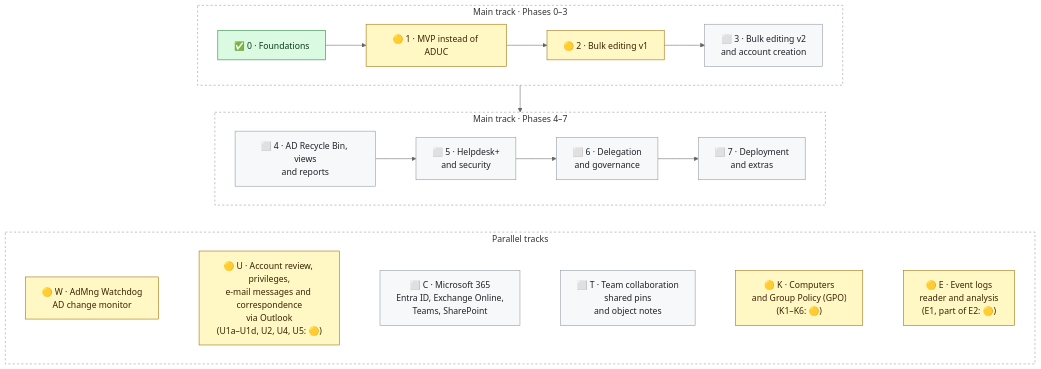
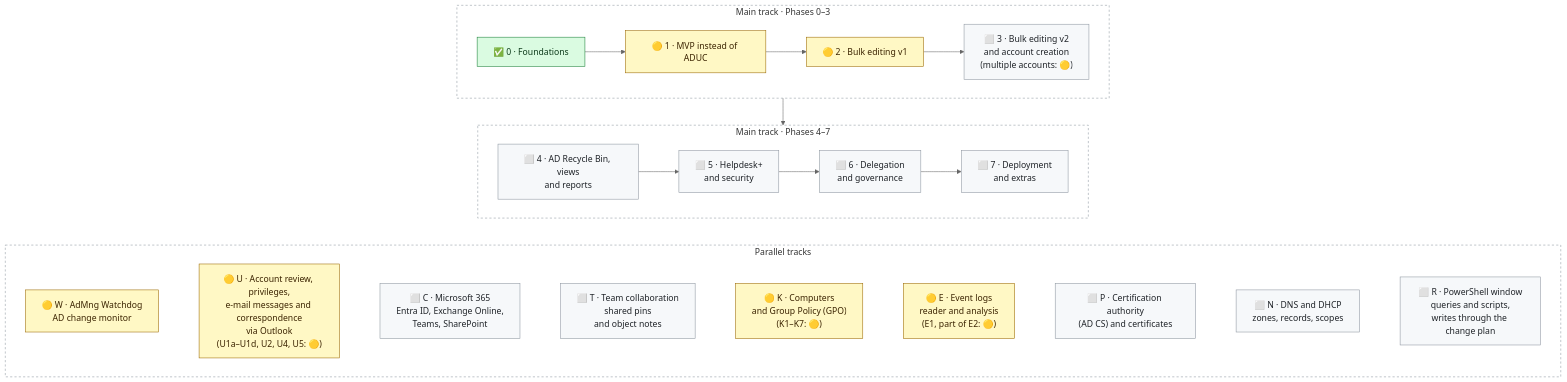
One commit to DarienRahl/AD_MNG changed the second of 2 diagrams in README.md. Above: the diagram before and after it, drawn with Mermaid (neutral theme). The commit also changed other lines of this file and 5 other files, not shown here.

First line of the commit message:
English docs: README, ROADMAP, PILOT, ARCHITECTURE and the new CREATING-ACCOUNTS.md level with the Polish side

````diff
--- a/README.md
+++ b/README.md
@@ -332,26 +341,26 @@
 ```mermaid
 flowchart TB
     subgraph A["Main track · Phases 0–3"]
         direction LR
-        F0["✅ 0 · Foundations"] --> F1["🟡 1 · MVP instead of ADUC"] --> F2["🟡 2 · Bulk editing v1"] --> F3["⬜ 3 · Bulk editing v2<br/>and account creation"]
+        F0["✅ 0 · Foundations"] --> F1["🟡 1 · MVP instead of ADUC"] --> F2["🟡 2 · Bulk editing v1"] --> F3["⬜ 3 · Bulk editing v2<br/>and account creation<br/>(multiple accounts: 🟡)"]
     end
     subgraph B["Main track · Phases 4–7"]
         direction LR
         F4["⬜ 4 · AD Recycle Bin, views<br/>and reports"] --> F5["⬜ 5 · Helpdesk+<br/>and security"] --> F6["⬜ 6 · Delegation<br/>and governance"] --> F7["⬜ 7 · Deployment<br/>and extras"]
     end
     subgraph C["Parallel tracks"]
         direction LR
-        W["🟡 W · AdMng Watchdog<br/>AD change monitor"] ~~~ U["🟡 U · Account review, privileges,<br/>e-mail messages and correspondence<br/>via Outlook<br/>(U1a–U1d, U2, U4, U5: 🟡)"] ~~~ M365["⬜ C · Microsoft 365<br/>Entra ID, Exchange Online,<br/>Teams, SharePoint"] ~~~ TEAM["⬜ T · Team collaboration<br/>shared pins<br/>and object notes"] ~~~ K["🟡 K · Computers<br/>and Group Policy (GPO)<br/>(K1–K6: 🟡)"] ~~~ EVT["🟡 E · Event logs<br/>reader and analysis<br/>(E1, part of E2: 🟡)"]
+        W["🟡 W · AdMng Watchdog<br/>AD change monitor"] ~~~ U["🟡 U · Account review, privileges,<br/>e-mail messages and correspondence<br/>via Outlook<br/>(U1a–U1d, U2, U4, U5: 🟡)"] ~~~ M365["⬜ C · Microsoft 365<br/>Entra ID, Exchange Online,<br/>Teams, SharePoint"] ~~~ TEAM["⬜ T · Team collaboration<br/>shared pins<br/>and object notes"] ~~~ K["🟡 K · Computers<br/>and Group Policy (GPO)<br/>(K1–K7: 🟡)"] ~~~ EVT["🟡 E · Event logs<br/>reader and analysis<br/>(E1, part of E2: 🟡)"] ~~~ PKI["⬜ P · Certification authority<br/>(AD CS) and certificates"] ~~~ NET["⬜ N · DNS and DHCP<br/>zones, records, scopes"] ~~~ PWSH["⬜ R · PowerShell window<br/>queries and scripts,<br/>writes through the change plan"]
     end
     A --> B
     B ~~~ C
     classDef done fill:#dafbe1,stroke:#1a7f37,color:#0d3a1a
     classDef wip fill:#fff8c5,stroke:#9a6700,color:#3b2300
     classDef todo fill:#f6f8fa,stroke:#8c959f,color:#1f2328
     class F0 done
     class F1,F2,W,U,K,EVT wip
-    class F3,F4,F5,F6,F7,M365,TEAM todo
+    class F3,F4,F5,F6,F7,M365,TEAM,PKI,NET,PWSH todo
     style A fill:transparent,stroke:#8c959f,stroke-dasharray:4 4
     style B fill:transparent,stroke:#8c959f,stroke-dasharray:4 4
     style C fill:transparent,stroke:#8c959f,stroke-dasharray:4 4
 ```
````
